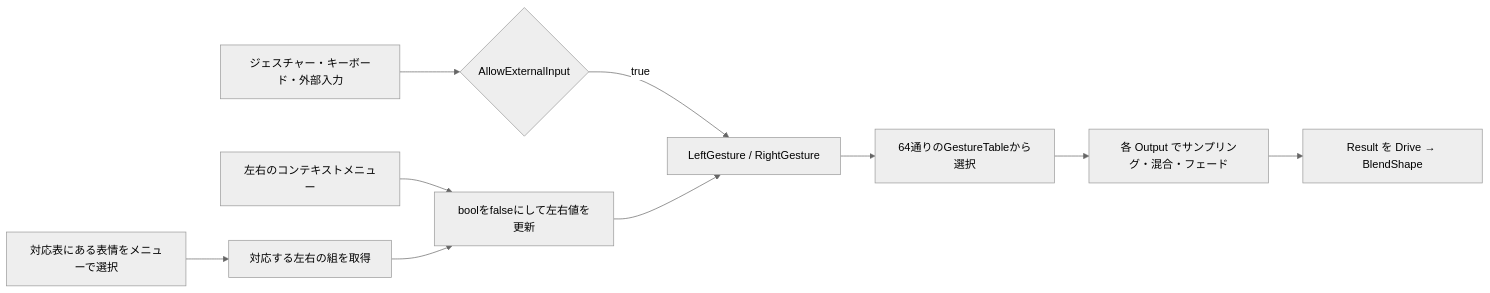
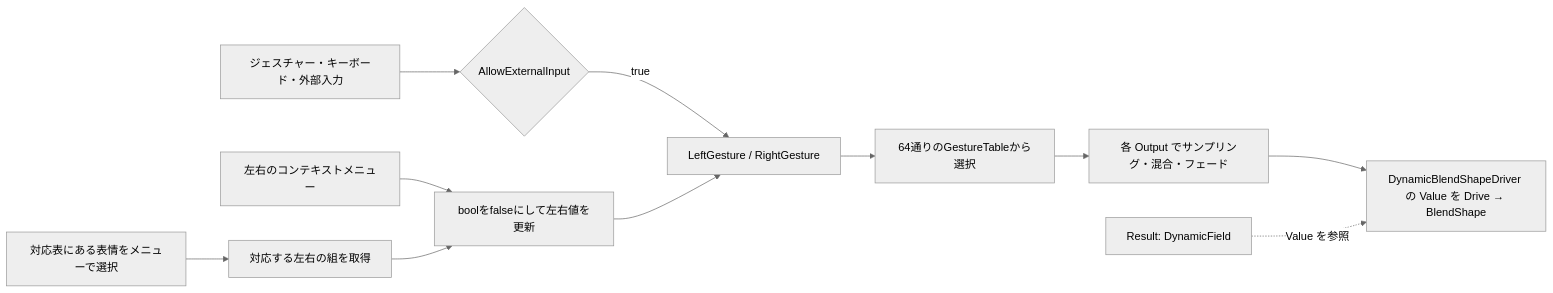
One commit to orange3134/VRMtoResonitePackage changed the diagram in docs/expression-system.md. Above: the diagram before and after it, drawn with Mermaid (neutral theme). The commit also changed other lines of this file and 11 other files, not shown here.

````diff
--- a/docs/expression-system.md
+++ b/docs/expression-system.md
@@ -12,12 +12,13 @@
 ```mermaid
 flowchart LR
     H[ジェスチャー・キーボード・外部入力] --> G{AllowExternalInput}
     G -->|true| S[LeftGesture / RightGesture]
     M[左右のコンテキストメニュー] --> L[boolをfalseにして左右値を更新]
     D[対応表にある表情をメニューで選択] --> T[対応する左右の組を取得]
     T --> L
     L --> S
     S --> P[64通りのGestureTableから選択]
     P --> R[各 Output でサンプリング・混合・フェード]
-    R --> V[Result を Drive → BlendShape]
+    R --> V[DynamicBlendShapeDriver の Value を Drive → BlendShape]
+    Result[Result: DynamicField] -. Value を参照 .-> V
 ```
````
